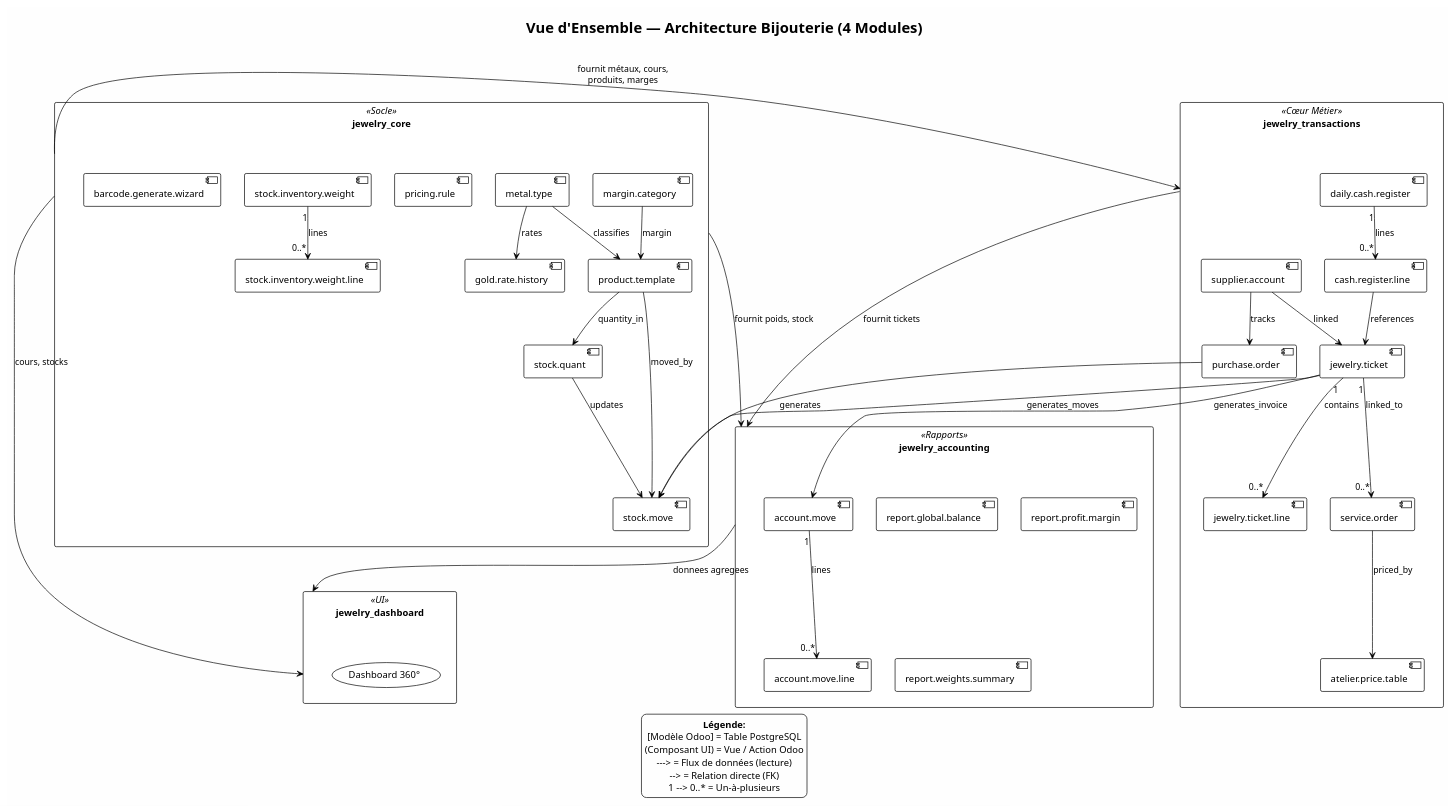
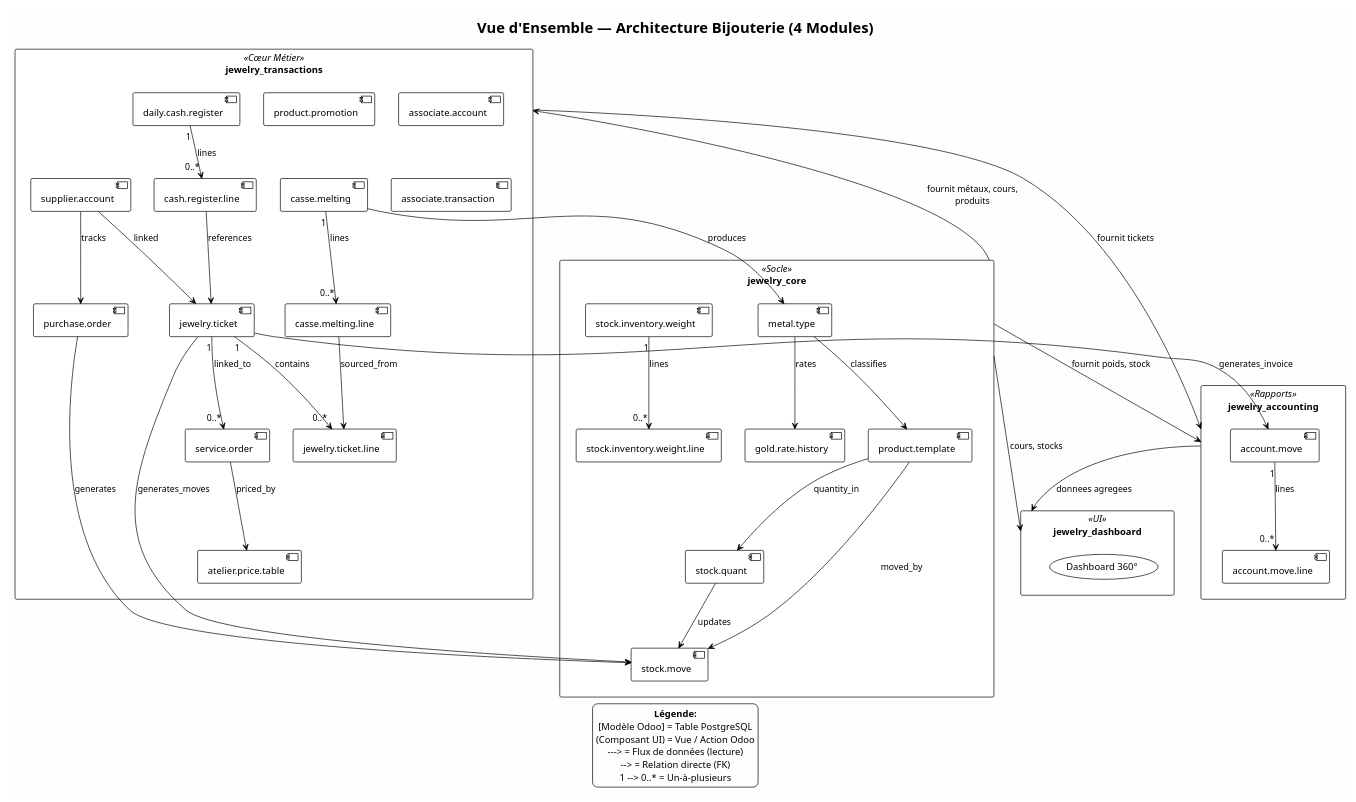
The diagram in docs/diagrams/architecture_overview.puml (DawdBe/odoo-jawlery), drawn with PlantUML before and after one commit. The commit also changed 19 other files, not shown here.

```diff
--- a/docs/diagrams/architecture_overview.puml
+++ b/docs/diagrams/architecture_overview.puml
@@ -1,88 +1,89 @@
 @startuml
 !theme plain
 skinparam packageStyle rectangle
 skinparam backgroundColor #FEFEFE
 skinparam defaultTextAlignment center
 
 title "Vue d'Ensemble — Architecture Bijouterie (4 Modules)"
 
 package "jewelry_core" as CORE <<Socle>> {
   [metal.type] as MT
   [gold.rate.history] as GRH
-  [margin.category] as MC
-  [pricing.rule] as PR
   [product.template] as PT
   [stock.quant] as SQ
   [stock.move] as SM
   [stock.inventory.weight] as SIW
   [stock.inventory.weight.line] as SIWL
-  [barcode.generate.wizard] as BGW
 }
 
 package "jewelry_transactions" as TRANS <<Cœur Métier>> {
   [jewelry.ticket] as JT
   [jewelry.ticket.line] as JTL
+  [product.promotion] as PP
+  [associate.account] as AA
+  [associate.transaction] as AT
   [supplier.account] as SA
+  [casse.melting] as CM
+  [casse.melting.line] as CML
   [service.order] as SO
   [atelier.price.table] as APT
   [daily.cash.register] as DCR
   [cash.register.line] as CRL
   [purchase.order] as PO
 }
 
 package "jewelry_accounting" as ACCTG <<Rapports>> {
   [account.move] as AM
   [account.move.line] as AML
-  [report.global.balance] as RGB
-  [report.profit.margin] as RPM
-  [report.weights.summary] as RWS
 }
 
 package "jewelry_dashboard" as DASH <<UI>> {
   (Dashboard 360°) as D360
 }
 
 ' === Core → Transactions ===
-CORE --> TRANS : fournit métaux, cours,\nproduits, marges
+CORE --> TRANS : fournit métaux, cours,\nproduits
 
 ' === Relations intra-Core ===
 MT --> GRH : rates
 MT --> PT : classifies
-MC --> PT : margin
 PT --> SQ : quantity_in
 PT --> SM : moved_by
 SQ --> SM : updates
 SIW "1" --> "0..*" SIWL : lines
 
 ' === Relations intra-Transactions ===
 JT "1" --> "0..*" JTL : contains
 DCR "1" --> "0..*" CRL : lines
 CRL --> JT : references
 JT "1" --> "0..*" SO : linked_to
 SO --> APT : priced_by
 SA --> PO : tracks
 SA --> JT : linked
+CM "1" --> "0..*" CML : lines
+CM --> MT : produces
+CML --> JTL : sourced_from
 PO --> SM : generates
 JT --> SM : generates_moves
 
 ' === Core + Transactions → Accounting ===
 JT --> AM : generates_invoice
 AM "1" --> "0..*" AML : lines
 TRANS --> ACCTG : fournit tickets
 CORE --> ACCTG : fournit poids, stock
 
 ' === Accounting → Dashboard ===
 ACCTG --> DASH : donnees agregees
 CORE --> DASH : cours, stocks
 
 ' === Legend ===
 legend bottom
   **Légende:**
   [Modèle Odoo] = Table PostgreSQL
   (Composant UI) = Vue / Action Odoo
   ---> = Flux de données (lecture)
   --> = Relation directe (FK)
   1 --> 0..* = Un-à-plusieurs
 endlegend
 
 @enduml
```
